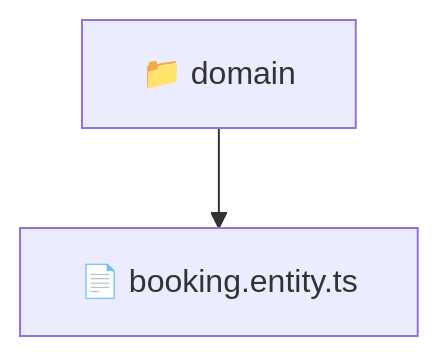
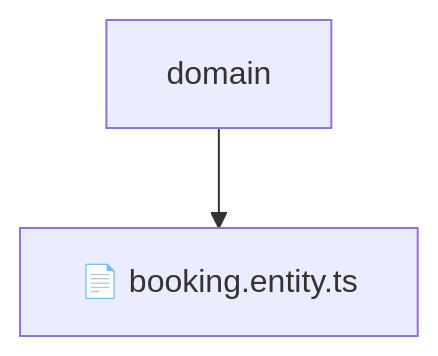
One commit to beginwebdev2002/fullstack-mavluda changed the diagram in backend/src/modules/booking/domain/README.md. Above: the diagram before and after it, drawn with Mermaid. The commit also changed other lines of this file and 155 other files, not shown here.

````diff
--- a/backend/src/modules/booking/domain/README.md
+++ b/backend/src/modules/booking/domain/README.md
@@ -10,5 +14,5 @@
 ```mermaid
 graph TD
-  Root["📁 domain"]
-  Root --> bookingentityts["📄 booking.entity.ts"]
+    Root[domain]
+    Root --> F0[📄 booking.entity.ts]
 ```
````
